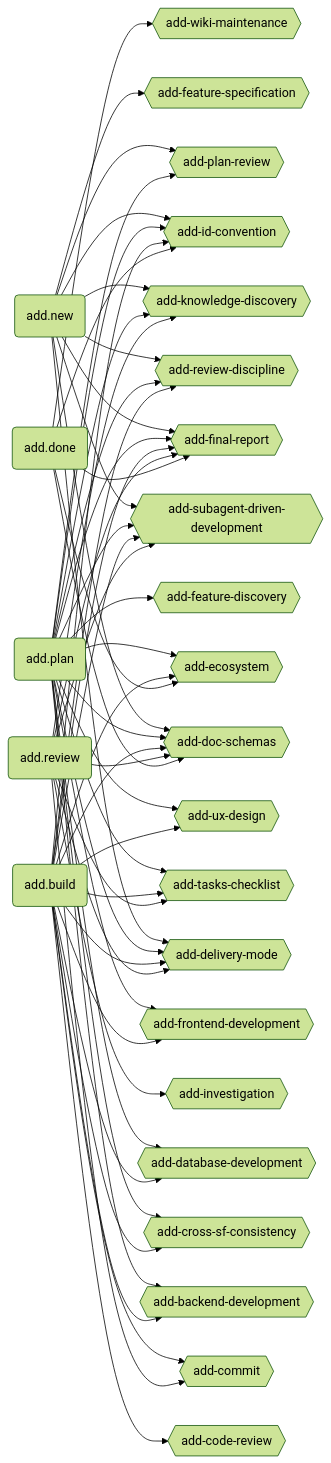
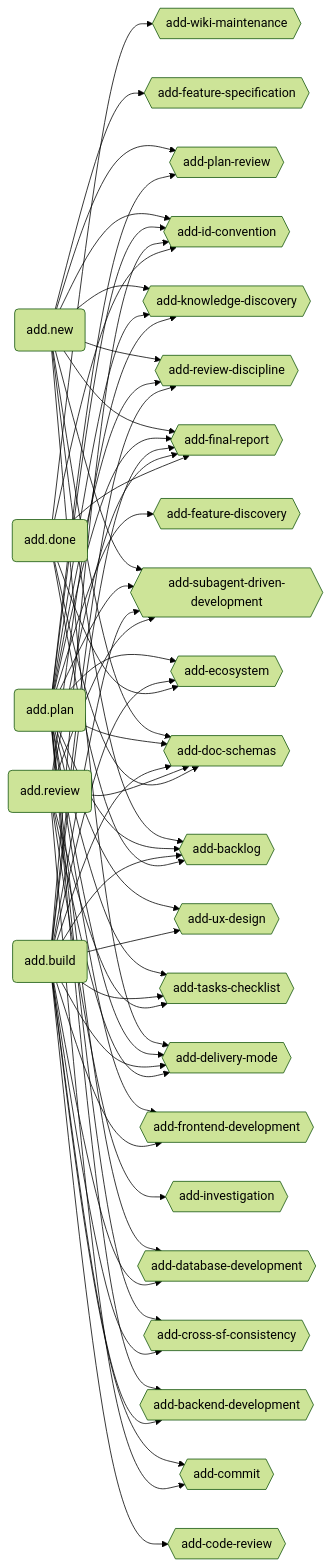
The first of 3 diagrams in ecosystem.md (brabos-ai/code-addiction), drawn with Mermaid (forest theme) before and after one commit. The commit also changed other lines of this file and 3 other files, not shown here.

````diff
--- a/ecosystem.md
+++ b/ecosystem.md
@@ -8,36 +8,37 @@
 ```mermaid
 graph LR
   NEW(add.new)
   PLAN(add.plan)
   BUILD(add.build)
   REVIEW(add.review)
   DONE(add.done)
 
   BADE{{add-backend-development}}
+  BALO{{add-backlog}}
   CORE{{add-code-review}}
   CO{{add-commit}}
   CSC{{add-cross-sf-consistency}}
   DADE{{add-database-development}}
   DELMO{{add-delivery-mode}}
   DOSC{{add-doc-schemas}}
   EC{{add-ecosystem}}
   FEDI{{add-feature-discovery}}
   FESP{{add-feature-specification}}
   FINR{{add-final-report}}
   FRDE{{add-frontend-development}}
   IDCO{{add-id-convention}}
   IN{{add-investigation}}
   KNDI{{add-knowledge-discovery}}
   PRV{{add-plan-review}}
   RVDI{{add-review-discipline}}
   SDDA{{add-subagent-driven-development}}
   TACH{{add-tasks-checklist}}
   UXDE{{add-ux-design}}
   WIMA{{add-wiki-maintenance}}
 
-  NEW --> DELMO & DOSC & FESP & FINR & IDCO & KNDI & PRV & RVDI & SDDA
-  PLAN --> BADE & CSC & DADE & DELMO & DOSC & EC & FEDI & FINR & FRDE & IDCO & KNDI & PRV & RVDI & SDDA & TACH & UXDE
-  BUILD --> BADE & CORE & CO & CSC & DADE & DELMO & DOSC & EC & FINR & FRDE & IDCO & RVDI & SDDA & TACH & UXDE
+  NEW --> BALO & DELMO & DOSC & FESP & FINR & IDCO & KNDI & PRV & RVDI & SDDA
+  PLAN --> BADE & BALO & CSC & DADE & DELMO & DOSC & EC & FEDI & FINR & FRDE & IDCO & KNDI & PRV & RVDI & SDDA & TACH & UXDE
+  BUILD --> BADE & BALO & CORE & CO & CSC & DADE & DELMO & DOSC & EC & FINR & FRDE & IDCO & RVDI & SDDA & TACH & UXDE
   REVIEW --> CO & DELMO & DOSC & FINR & IN & KNDI & SDDA & TACH
-  DONE --> DOSC & EC & FINR & IDCO & WIMA
+  DONE --> BALO & DOSC & EC & FINR & IDCO & WIMA
 ```
````
